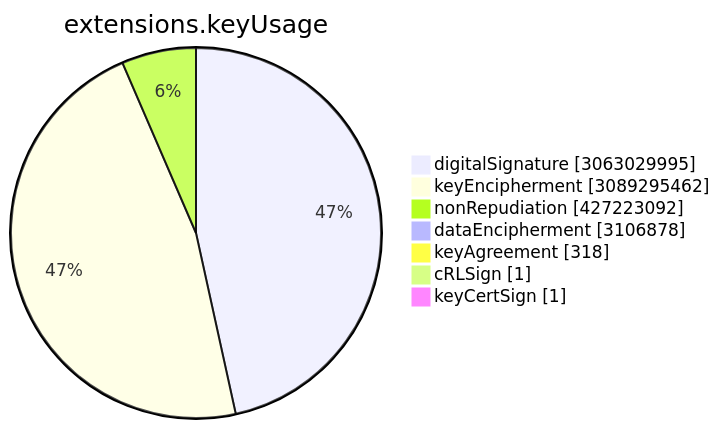
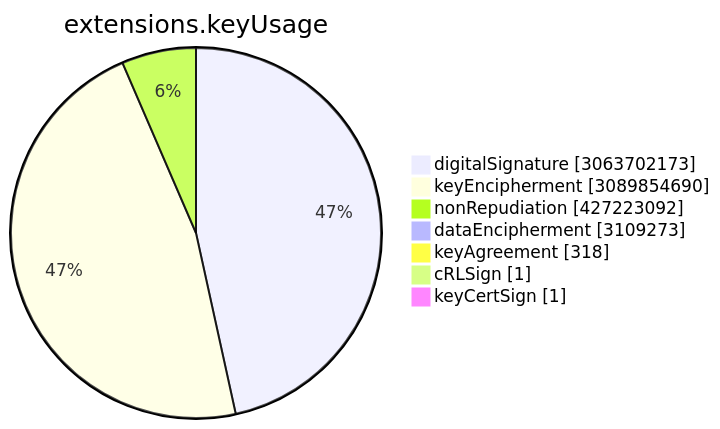
Before and after one commit to christiankrug/ctmonitor_visualization: the sixth of 15 diagrams in TOTAL/README.md, drawn with Mermaid. The commit also changed other lines of this file, not shown here.

````diff
--- a/TOTAL/README.md
+++ b/TOTAL/README.md
@@ -3075,11 +3075,11 @@
 ```mermaid
 pie showData
 title extensions.keyUsage
-"digitalSignature" :3063029995
-"keyEncipherment" :3089295462
+"digitalSignature" :3063702173
+"keyEncipherment" :3089854690
 "nonRepudiation" :427223092
-"dataEncipherment" :3106878
+"dataEncipherment" :3109273
 "keyAgreement" :318
 "cRLSign" :1
 "keyCertSign" :1
 ```
````
